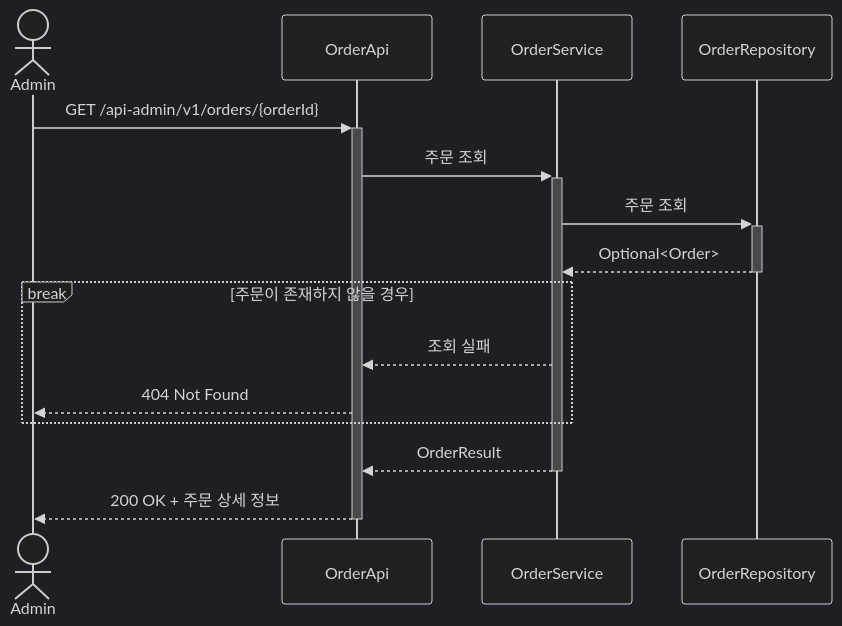
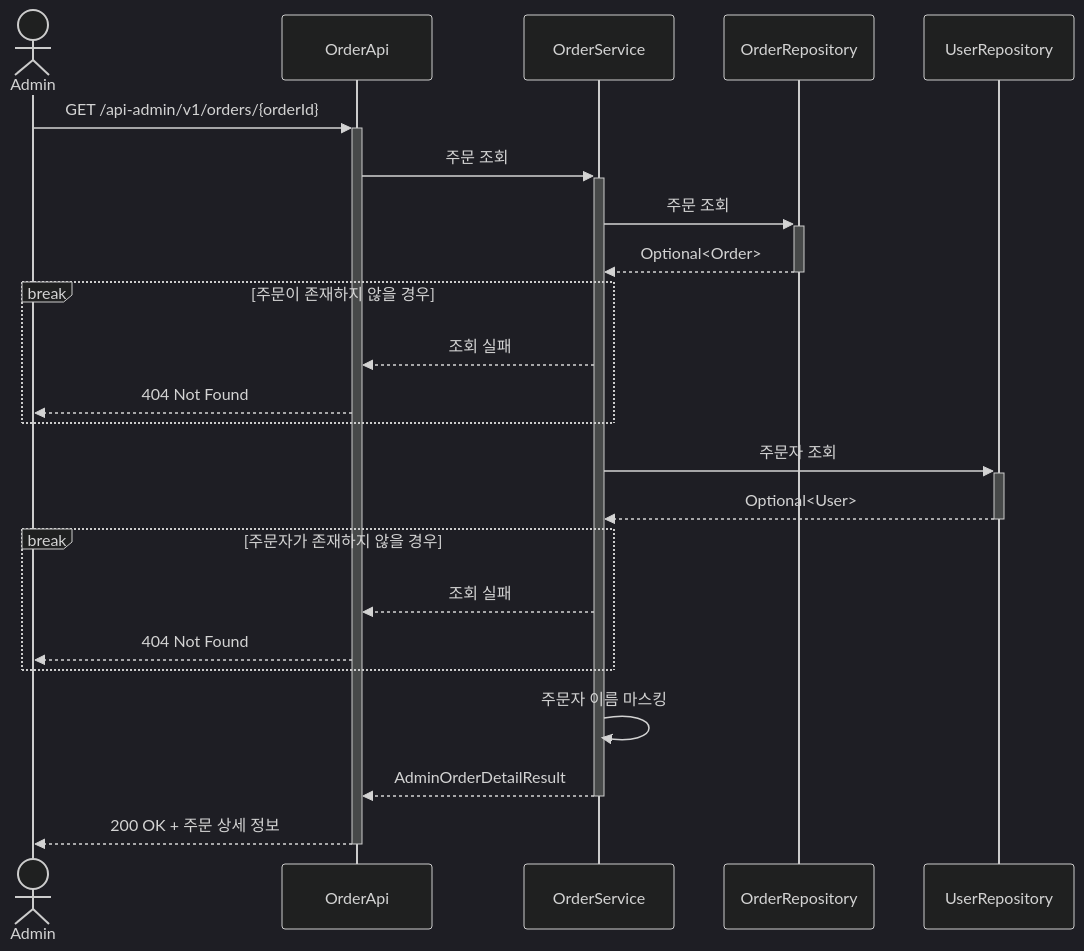
One commit to Loopers-dev-lab/loop-pack-be-l2-vol3-java changed diagram 20 of 23 in .docs/design/02-sequence-diagrams.md. Above: the diagram before and after it, drawn with Mermaid (dark theme). The commit also changed 10 other files, not shown here.

````diff
--- a/.docs/design/02-sequence-diagrams.md
+++ b/.docs/design/02-sequence-diagrams.md
@@ -657,21 +657,32 @@
 ```mermaid
 sequenceDiagram
     actor Admin
     participant OrderApi
     participant OrderService
     participant OrderRepository
+    participant UserRepository
 
     Admin ->>+ OrderApi: GET /api-admin/v1/orders/{orderId}
     OrderApi ->>+ OrderService: 주문 조회
 
     OrderService ->>+ OrderRepository: 주문 조회
     OrderRepository -->>- OrderService: Optional<Order>
 
     break 주문이 존재하지 않을 경우
         OrderService -->> OrderApi: 조회 실패
         OrderApi -->> Admin: 404 Not Found
     end
 
-    OrderService -->>- OrderApi: OrderResult
+    OrderService ->>+ UserRepository: 주문자 조회
+    UserRepository -->>- OrderService: Optional<User>
+
+    break 주문자가 존재하지 않을 경우
+        OrderService -->> OrderApi: 조회 실패
+        OrderApi -->> Admin: 404 Not Found
+    end
+
+    OrderService ->> OrderService: 주문자 이름 마스킹
+
+    OrderService -->>- OrderApi: AdminOrderDetailResult
     OrderApi -->>- Admin: 200 OK + 주문 상세 정보
 ```
````
